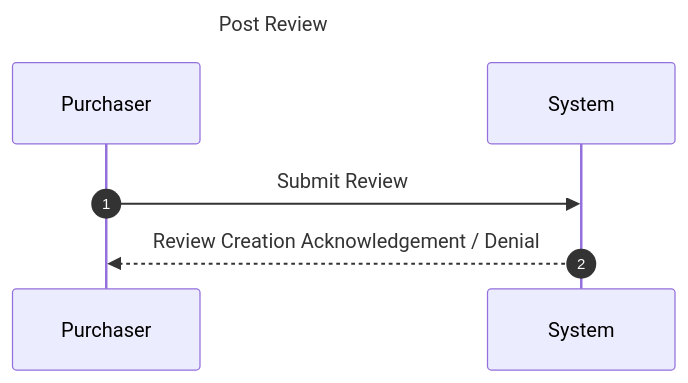
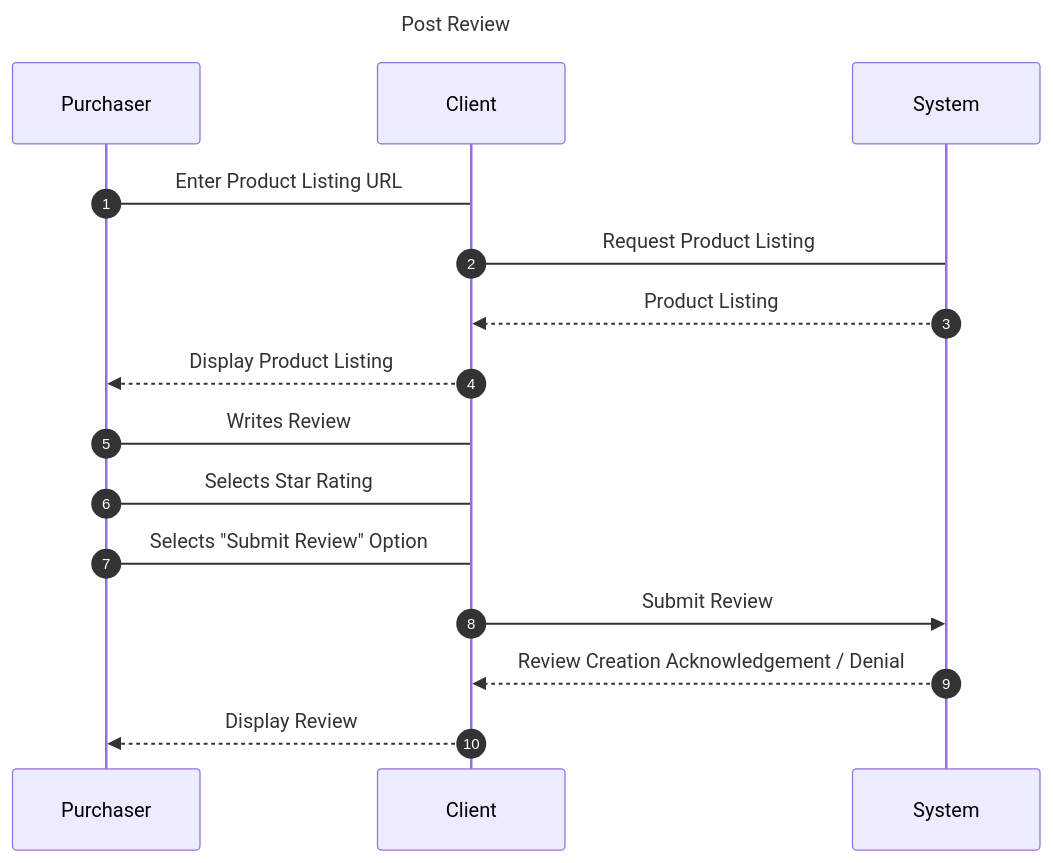
The third of 6 diagrams in submittable/system_design_document.md (cliserkad/ecommerce_prototype), drawn with Mermaid before and after one commit. The commit also changed other lines of this file, not shown here.

Commit message:
add client layer to ssd

````diff
--- a/submittable/system_design_document.md
+++ b/submittable/system_design_document.md
@@ -192,11 +192,20 @@
 ```mermaid
 ---
 title: Post Review
 ---
 sequenceDiagram
     autonumber
     participant u as Purchaser
+    participant c as Client
     participant s as System
-    u ->> s: Submit Review
-    s -->> u: Review Creation Acknowledgement / Denial
+    u -> c: Enter Product Listing URL
+    c -> s: Request Product Listing
+    s -->> c: Product Listing
+    c -->> u: Display Product Listing
+    u -> c: Writes Review
+    u -> c: Selects Star Rating
+    u -> c: Selects "Submit Review" Option
+    c ->> s: Submit Review
+    s -->> c: Review Creation Acknowledgement / Denial
+    c -->> u: Display Review
 ```
````
